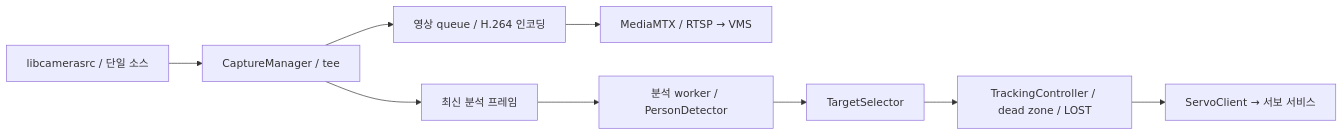
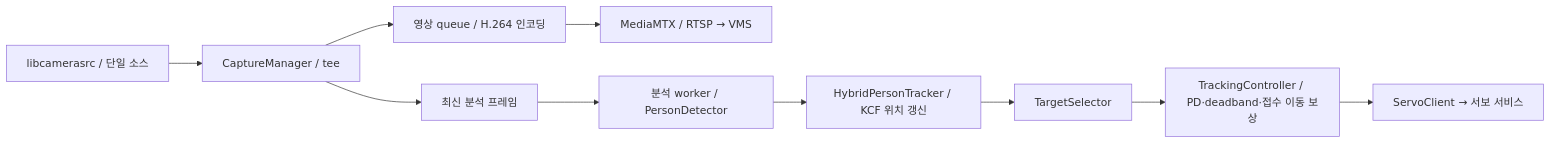
The diagram in pi/camera_stream/README.md (PTZ-CAMERA/PTZ_CAMERA), drawn with Mermaid before and after one commit. The commit also changed other lines of this file and 16 other files, not shown here.

Commit message:
docs: refresh Pi guides and system architecture

````diff
--- a/pi/camera_stream/README.md
+++ b/pi/camera_stream/README.md
@@ -26,11 +36,12 @@
 ```mermaid
 flowchart LR
     CAM[libcamerasrc / 단일 소스] --> CAP[CaptureManager / tee]
     CAP --> ENC[영상 queue / H.264 인코딩]
     ENC --> MTX[MediaMTX / RTSP → VMS]
     CAP --> LATEST[최신 분석 프레임]
     LATEST --> DNN[분석 worker / PersonDetector]
-    DNN --> TARGET[TargetSelector]
-    TARGET --> TRACK[TrackingController / dead zone / LOST]
+    DNN --> HYBRID[HybridPersonTracker / KCF 위치 갱신]
+    HYBRID --> TARGET[TargetSelector]
+    TARGET --> TRACK[TrackingController / PD·deadband·접수 이동 보상]
     TRACK --> IPC[ServoClient → 서보 서비스]
 ```
````
